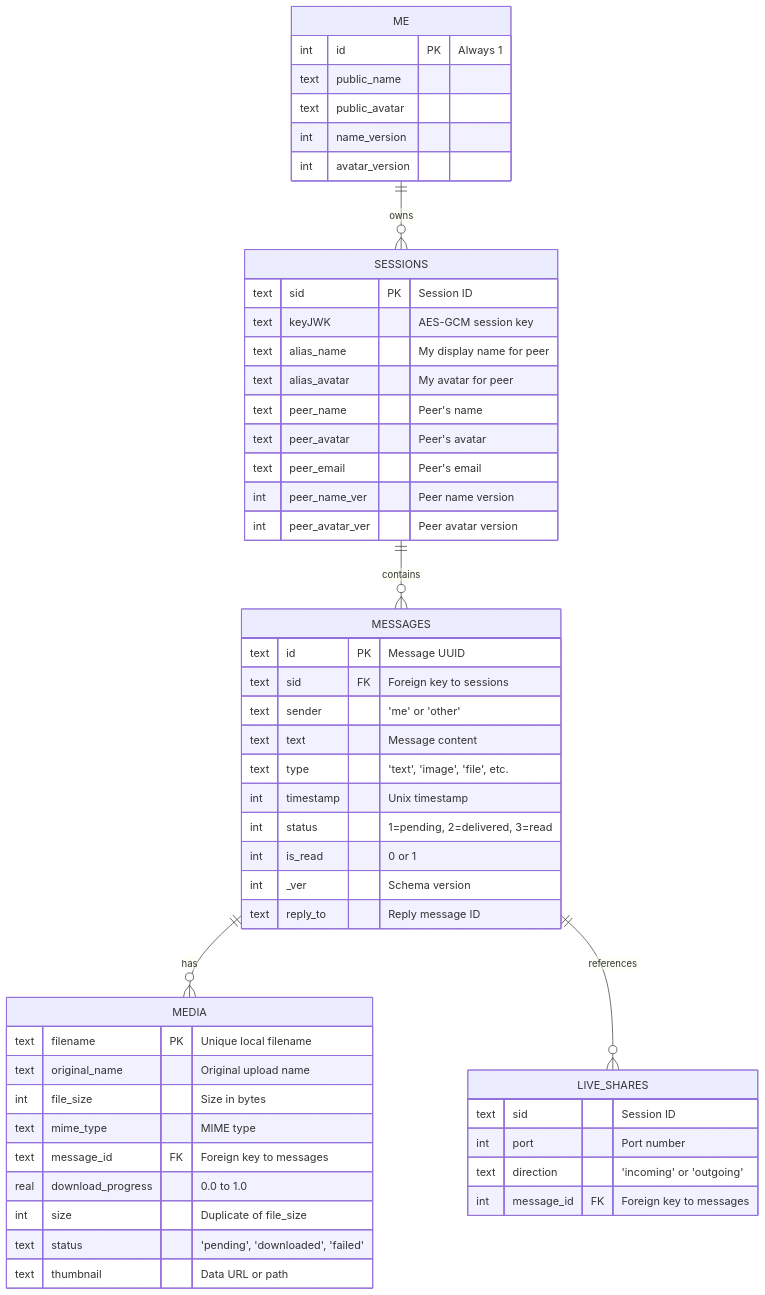
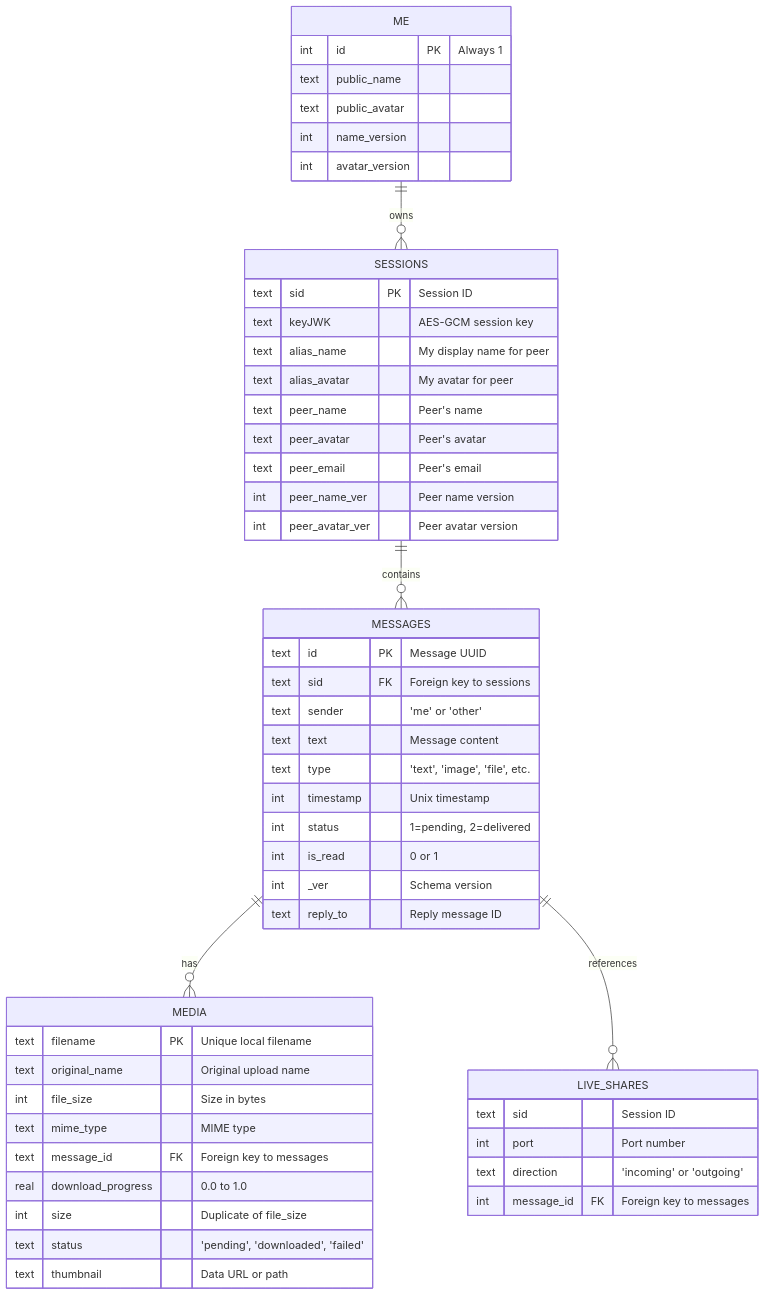
The first of 2 diagrams in docs/DATABASE.md (TheYogMehta/CryptNode), drawn with Mermaid before and after one commit. The commit also changed other lines of this file and 11 other files, not shown here.

````diff
--- a/docs/DATABASE.md
+++ b/docs/DATABASE.md
@@ -14,59 +14,59 @@
 ```mermaid
 erDiagram
     ME ||--o{ SESSIONS : "owns"
     SESSIONS ||--o{ MESSAGES : "contains"
     MESSAGES ||--o{ MEDIA : "has"
     MESSAGES ||--o{ LIVE_SHARES : "references"
 
     ME {
         int id PK "Always 1"
         text public_name
         text public_avatar
         int name_version
         int avatar_version
     }
 
     SESSIONS {
         text sid PK "Session ID"
         text keyJWK "AES-GCM session key"
         text alias_name "My display name for peer"
         text alias_avatar "My avatar for peer"
         text peer_name "Peer's name"
         text peer_avatar "Peer's avatar"
         text peer_email "Peer's email"
         int peer_name_ver "Peer name version"
         int peer_avatar_ver "Peer avatar version"
     }
 
     MESSAGES {
         text id PK "Message UUID"
         text sid FK "Foreign key to sessions"
         text sender "'me' or 'other'"
         text text "Message content"
         text type "'text', 'image', 'file', etc."
         int timestamp "Unix timestamp"
-        int status "1=pending, 2=delivered, 3=read"
+        int status "1=pending, 2=delivered"
         int is_read "0 or 1"
         int _ver "Schema version"
         text reply_to "Reply message ID"
     }
 
     MEDIA {
         text filename PK "Unique local filename"
         text original_name "Original upload name"
         int file_size "Size in bytes"
         text mime_type "MIME type"
         text message_id FK "Foreign key to messages"
         real download_progress "0.0 to 1.0"
         int size "Duplicate of file_size"
         text status "'pending', 'downloaded', 'failed'"
         text thumbnail "Data URL or path"
     }
 
     LIVE_SHARES {
         text sid "Session ID"
         int port "Port number"
         text direction "'incoming' or 'outgoing'"
         int message_id FK "Foreign key to messages"
     }
 ```
````
